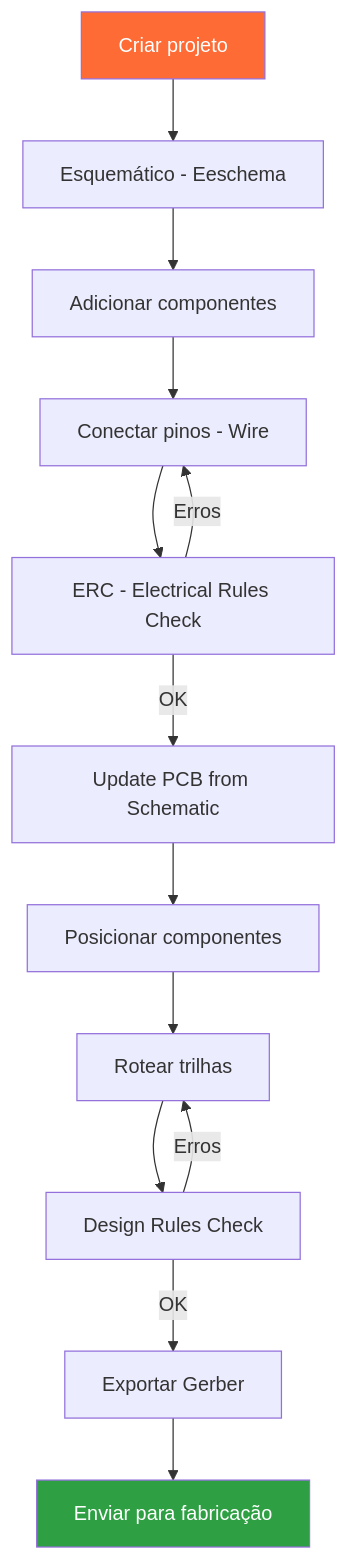
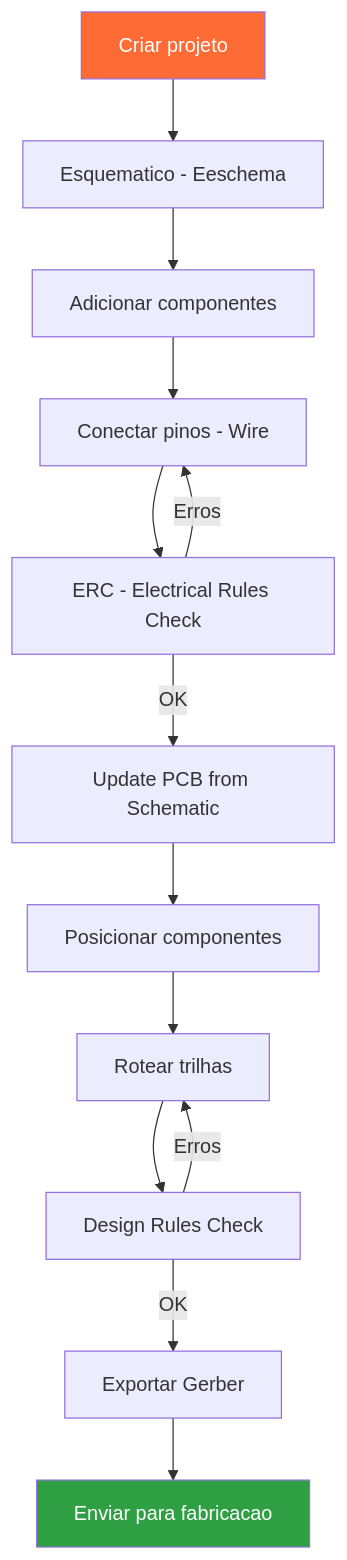
Before and after one commit to ViniciusCMB/telemetry-trainee-program: the first of 2 diagrams in docs/trilhas/kicad.md, drawn with Mermaid. The commit also changed other lines of this file and 8 other files, not shown here.

First line of the commit message:
fix: corrige syntaxe Mermaid flowcharts para exibicao web

````diff
--- a/docs/trilhas/kicad.md
+++ b/docs/trilhas/kicad.md
@@ -20,18 +20,18 @@
 ```mermaid
 flowchart TD
-    A[Criar projeto] --> B[Esquemático - Eeschema]
+    A[Criar projeto] --> B[Esquematico - Eeschema]
     B --> C[Adicionar componentes]
     C --> D[Conectar pinos - Wire]
     D --> E[ERC - Electrical Rules Check]
     E -->|Erros| D
     E -->|OK| F[Update PCB from Schematic]
     F --> G[Posicionar componentes]
     G --> H[Rotear trilhas]
     H --> DRC[Design Rules Check]
     DRC -->|Erros| H
     DRC -->|OK| I[Exportar Gerber]
-    I --> J[Enviar para fabricação]
+    I --> J[Enviar para fabricacao]
     
     style A fill:#ff6b35,color:#fff
     style J fill:#2ea043,color:#fff
 ```
````
